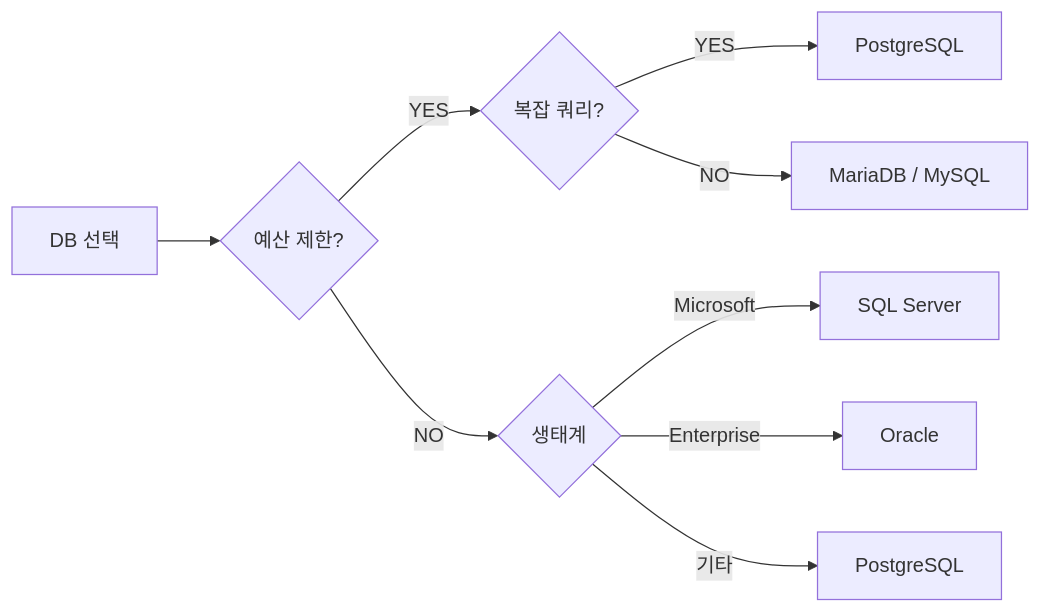
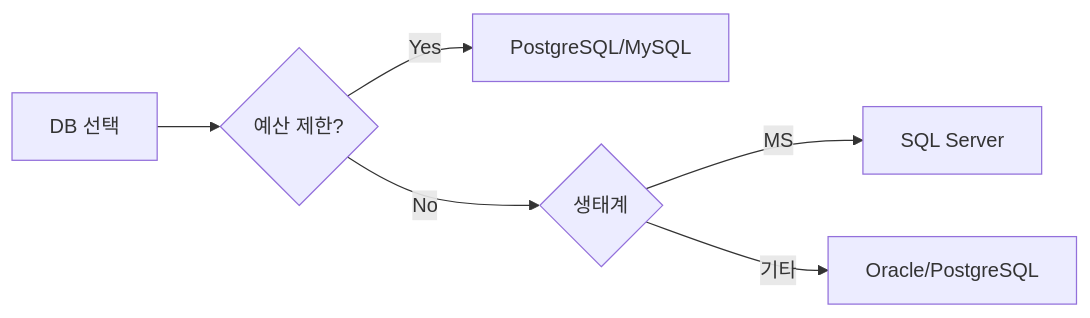
Diagram 15 of 15 in _posts/db/2026-05-01-db-comparison.md (yjkim2015/yjkim2015.github.io), drawn with Mermaid before and after one commit. The commit also changed other lines of this file and 163 other files, not shown here.

First line of the commit message:
Mermaid 300개 블록 내용 축소: 5노드 5엣지 이하, 의미 있는 약어

````diff
--- a/_posts/db/2026-05-01-db-comparison.md
+++ b/_posts/db/2026-05-01-db-comparison.md
@@ -722,11 +707,8 @@
 ```mermaid
 graph LR
     S["DB 선택"] --> Q1{"예산 제한?"}
-    Q1 -->|"YES"| Q2{"복잡 쿼리?"}
-    Q2 -->|"YES"| R2["PostgreSQL"]
-    Q2 -->|"NO"| R1["MariaDB / MySQL"]
-    Q1 -->|"NO"| Q4{"생태계"}
-    Q4 -->|"Microsoft"| R4["SQL Server"]
-    Q4 -->|"Enterprise"| R5["Oracle"]
-    Q4 -->|"기타"| R6["PostgreSQL"]
+    Q1 -->|"Yes"| PG["PostgreSQL/MySQL"]
+    Q1 -->|"No"| Q2{"생태계"}
+    Q2 -->|"MS"| SS["SQL Server"]
+    Q2 -->|"기타"| OR["Oracle/PostgreSQL"]
 ```
````
